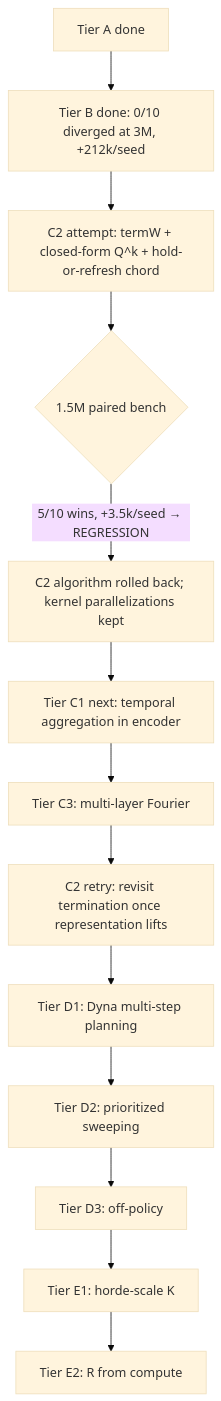
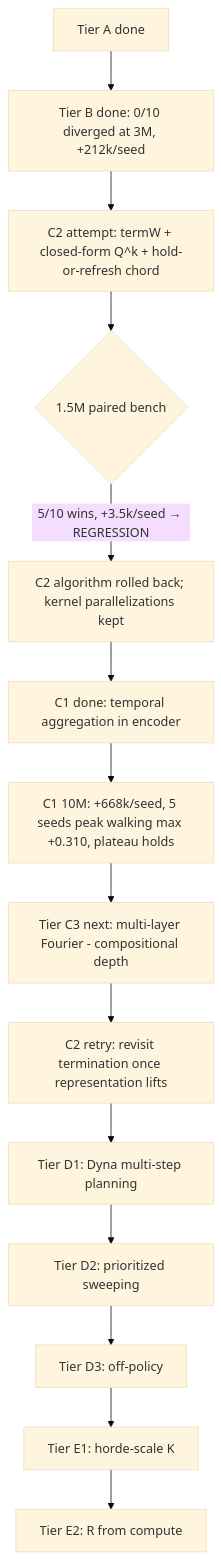
One commit to michaelDinelle/AlbertaPlanOaK changed the diagram in docs/roadmap.md. Above: the diagram before and after it, drawn with Mermaid (base theme). The commit also changed other lines of this file and 1 other file, not shown here.

````diff
--- a/docs/roadmap.md
+++ b/docs/roadmap.md
@@ -304,15 +345,16 @@
 ```mermaid
 flowchart TD
     A[Tier A done] --> B[Tier B done: 0/10 diverged at 3M, +212k/seed]
     B --> C2att[C2 attempt: termW + closed-form Q^k + hold-or-refresh chord]
     C2att --> C2check{1.5M paired bench}
     C2check -->|5/10 wins, +3.5k/seed → REGRESSION| C2roll[C2 algorithm rolled back; kernel parallelizations kept]
-    C2roll --> C1[Tier C1 next: temporal aggregation in encoder]
-    C1 --> C3[Tier C3: multi-layer Fourier]
+    C2roll --> C1[C1 done: temporal aggregation in encoder]
+    C1 --> C1deep[C1 10M: +668k/seed, 5 seeds peak walking max +0.310, plateau holds]
+    C1deep --> C3[Tier C3 next: multi-layer Fourier - compositional depth]
     C3 --> C2re[C2 retry: revisit termination once representation lifts]
     C2re --> D1[Tier D1: Dyna multi-step planning]
     D1 --> D2[Tier D2: prioritized sweeping]
     D2 --> D3[Tier D3: off-policy]
     D3 --> E1[Tier E1: horde-scale K]
     E1 --> E2[Tier E2: R from compute]
 ```
````
